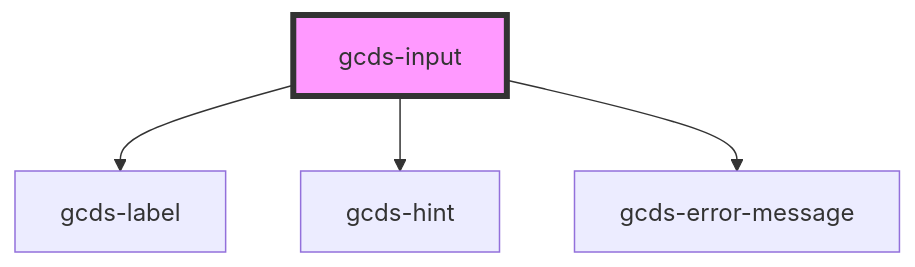
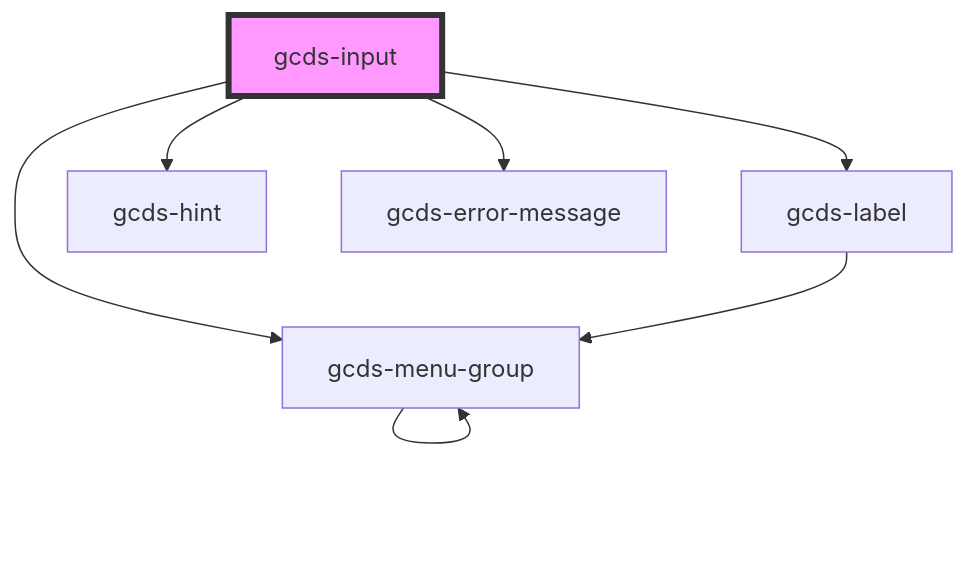
Before and after one commit to cds-snc/gcds-components: the diagram in packages/web/src/components/gcds-input/readme.md, drawn with Mermaid. The commit also changed other lines of this file and 37 other files, not shown here.

````diff
--- a/packages/web/src/components/gcds-input/readme.md
+++ b/packages/web/src/components/gcds-input/readme.md
@@ -63,7 +64,10 @@
 ```mermaid
 graph TD;
   gcds-input --> gcds-label
   gcds-input --> gcds-hint
   gcds-input --> gcds-error-message
+  gcds-input --> gcds-menu-group
+  gcds-label --> gcds-menu-group
+  gcds-menu-group --> gcds-menu-group
   style gcds-input fill:#f9f,stroke:#333,stroke-width:4px
 ```
````
